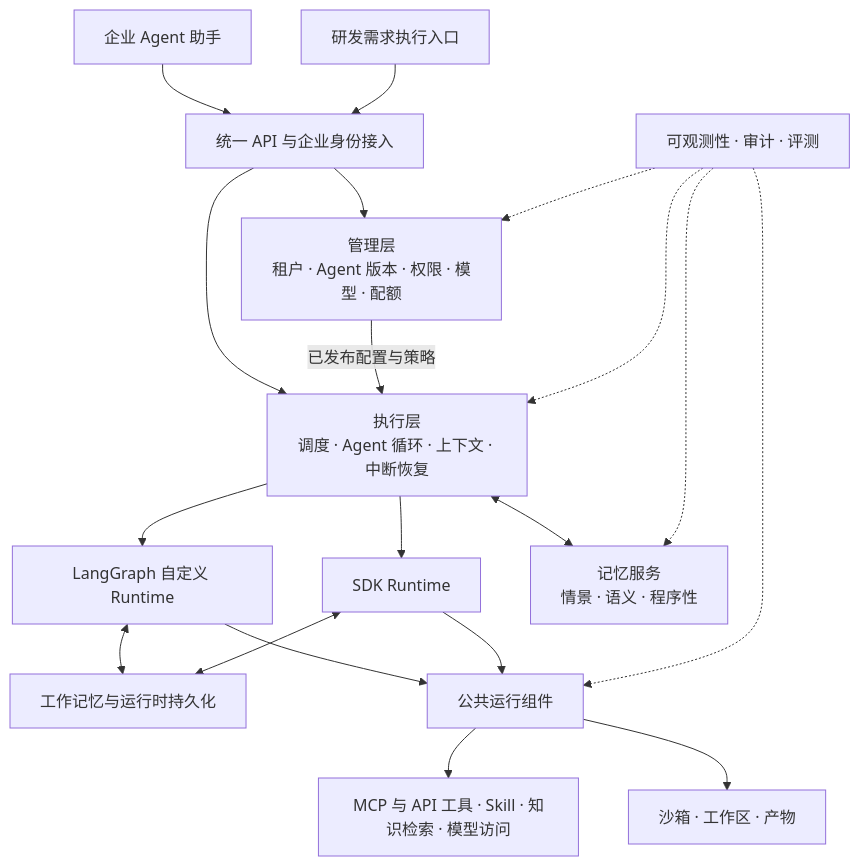
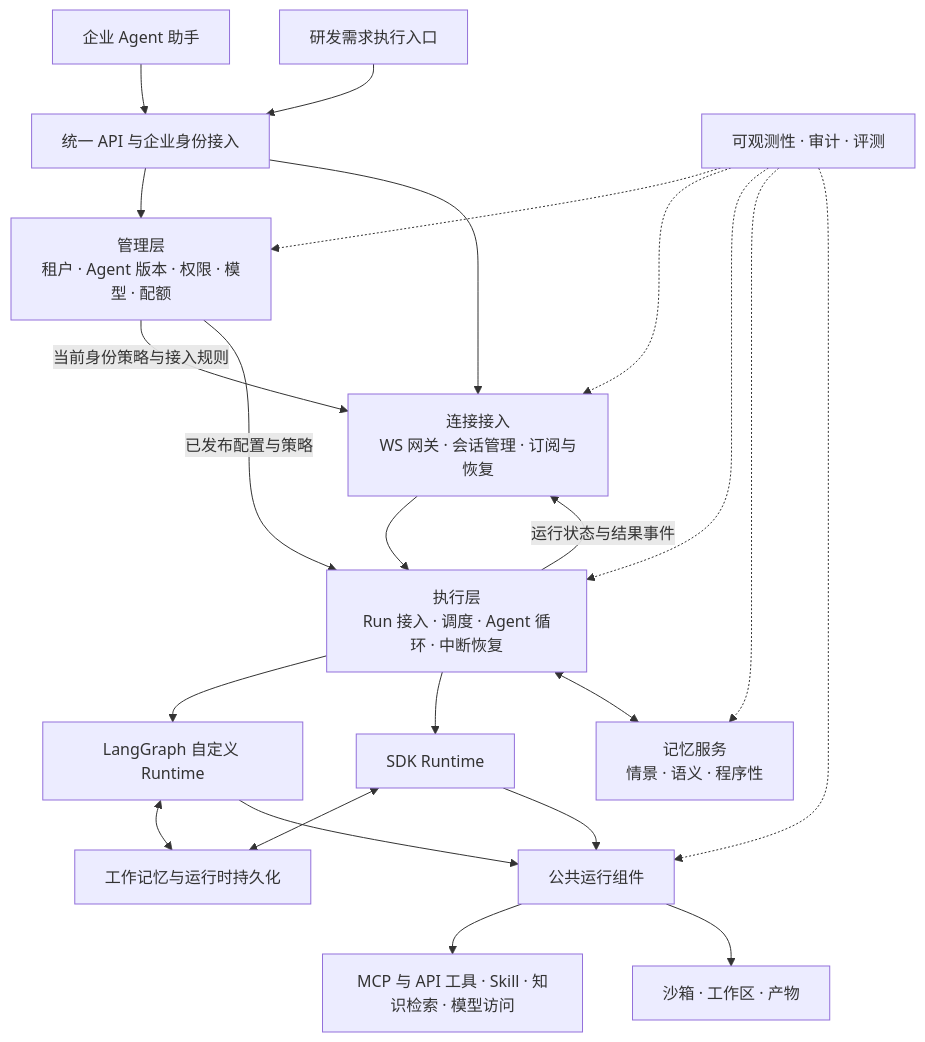
One commit to youngPvt/note-book changed the diagram in work/base/00-overview/README.md. Above: the diagram before and after it, drawn with Mermaid. The commit also changed other lines of this file and 119 other files, not shown here.

````diff
--- a/work/base/00-overview/README.md
+++ b/work/base/00-overview/README.md
@@ -36,21 +38,25 @@
 ```mermaid
 flowchart TB
     A[企业 Agent 助手] --> API[统一 API 与企业身份接入]
     B[研发需求执行入口] --> API
     API --> C[管理层<br/>租户 · Agent 版本 · 权限 · 模型 · 配额]
-    API --> E[执行层<br/>调度 · Agent 循环 · 上下文 · 中断恢复]
+    API --> G[连接接入<br/>WS 网关 · 会话管理 · 订阅与恢复]
+    G --> E[执行层<br/>Run 接入 · 调度 · Agent 循环 · 中断恢复]
+    C -->|当前身份策略与接入规则| G
     C -->|已发布配置与策略| E
+    E -->|运行状态与结果事件| G
     E --> L[LangGraph 自定义 Runtime]
     E --> S[SDK Runtime]
     E <--> M[记忆服务<br/>情景 · 语义 · 程序性]
     L <--> W[工作记忆与运行时持久化]
     S <--> W
     L --> P[公共运行组件]
     S --> P
     P --> T[MCP 与 API 工具 · Skill · 知识检索 · 模型访问]
     P --> F[沙箱 · 工作区 · 产物]
     O[可观测性 · 审计 · 评测] -.-> C
+    O -.-> G
     O -.-> E
     O -.-> M
     O -.-> P
 ```
````
